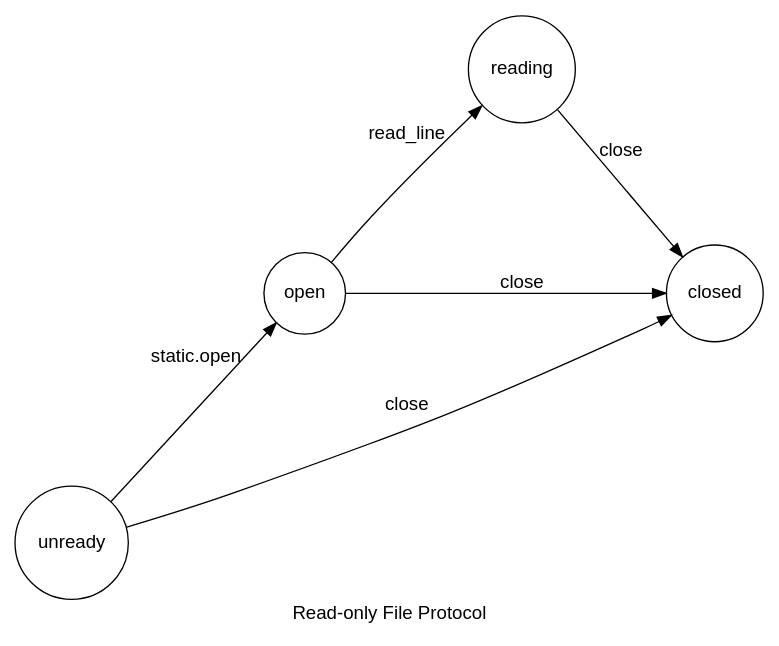
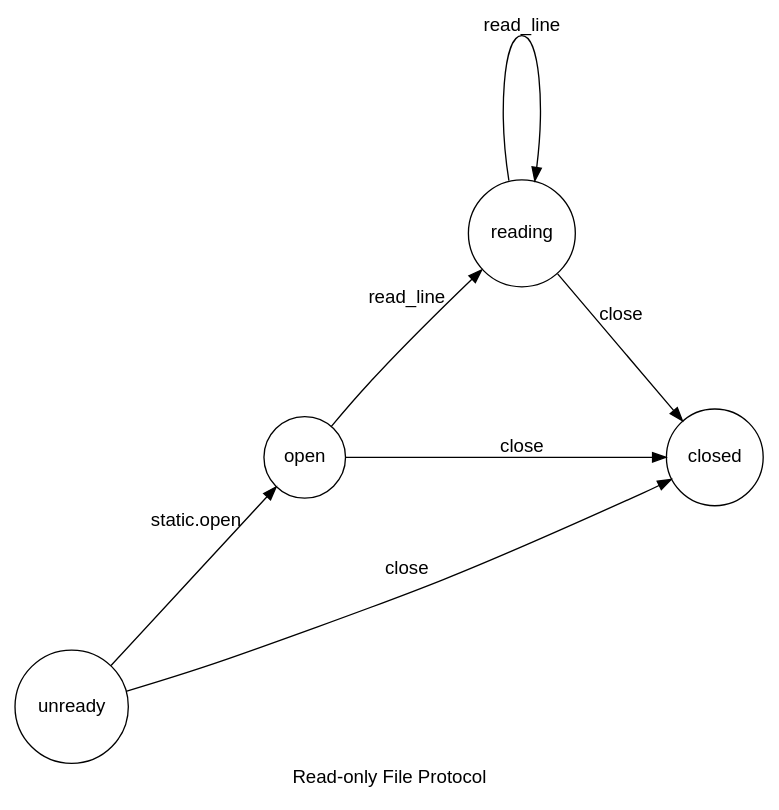
The diagram in src/case_studies/01_read_only_file/case03_normal/fsm.dot (hungrybluedev/typestate_v), drawn with Graphviz before and after one commit. The commit also changed 27 other files, not shown here.

```diff
--- a/src/case_studies/01_read_only_file/case03_normal/fsm.dot
+++ b/src/case_studies/01_read_only_file/case03_normal/fsm.dot
@@ -1,14 +1,15 @@
 digraph ReadonlyFileProtocol {
 	label="Read-only File Protocol";
 	fontname="Helvetica,Arial,sans-serif";
 	node [fontname="Helvetica,Arial,sans-serif"];
 	edge [fontname="Helvetica,Arial,sans-serif"];
 	rankdir=LR;
 	nodesep=1.5;
 	node [shape=circle,size=5];
 	unready -> open [label="static.open"];
 	open -> reading [label="read_line"];
 	reading -> closed [label="close"];
 	open -> closed [label="close"];
 	unready -> closed [label="close"];
+	reading -> reading [label="read_line"];
 }
```
